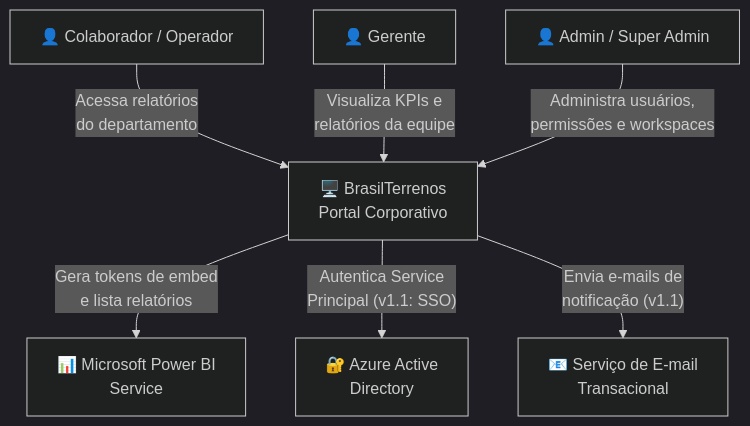
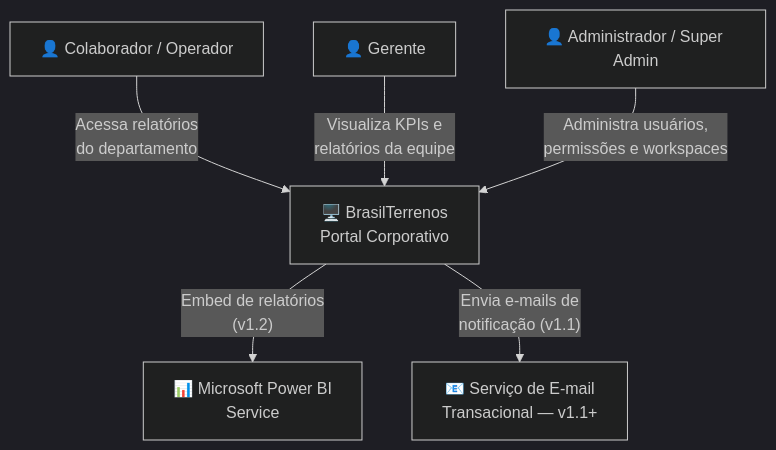
One commit to vinisoarescastro/cgid changed the first of 4 diagrams in docs/06-arquitetura/03-diagramas.md. Above: the diagram before and after it, drawn with Mermaid (dark theme). The commit also changed other lines of this file and 14 other files, not shown here.

Commit message:
chore: ampliar gitignore para ambiente local docs: expandir readme com setup e stack do projeto docs: migrar arquitetura e modelagem para FastAPI e SQL Server docs: revisar estratégias de performance e observabilidade da v1 docs: ajustar escopo, roadmap e referências do protótipo

````diff
--- a/docs/06-arquitetura/03-diagramas.md
+++ b/docs/06-arquitetura/03-diagramas.md
@@ -14,18 +14,16 @@
 ```mermaid
 graph TB
-    User[👤 Colaborador / Operador]
-    Manager[👤 Gerente]
-    Admin[👤 Admin / Super Admin]
+    Usuario[👤 Colaborador / Operador]
+    Gerente[👤 Gerente]
+    Admin[👤 Administrador / Super Admin]
     Portal[🖥️ BrasilTerrenos\nPortal Corporativo]
     PBI[📊 Microsoft Power BI\nService]
-    AAD[🔐 Azure Active\nDirectory]
-    Email[📧 Serviço de E-mail\nTransacional]
+    Email[📧 Serviço de E-mail\nTransacional — v1.1+]
 
-    User -->|"Acessa relatórios\ndo departamento"| Portal
-    Manager -->|"Visualiza KPIs e\nrelatórios da equipe"| Portal
+    Usuario -->|"Acessa relatórios\ndo departamento"| Portal
+    Gerente -->|"Visualiza KPIs e\nrelatórios da equipe"| Portal
     Admin -->|"Administra usuários,\npermissões e workspaces"| Portal
 
-    Portal -->|"Gera tokens de embed\ne lista relatórios"| PBI
-    Portal -->|"Autentica Service\nPrincipal (v1.1: SSO)"| AAD
+    Portal -->|"Embed de relatórios\n(v1.2)"| PBI
     Portal -->|"Envia e-mails de\nnotificação (v1.1)"| Email
 ```
````
